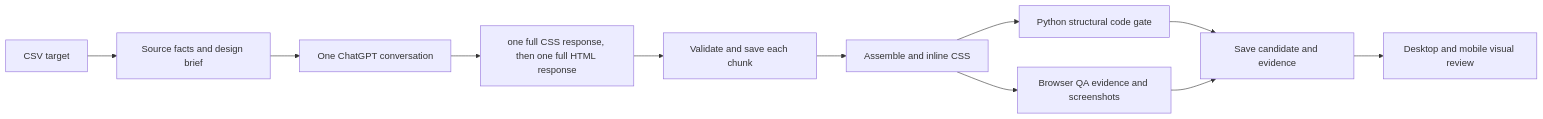
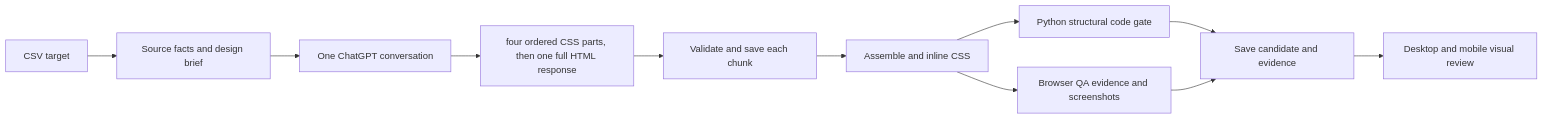
One commit to hometownredesignsites/git-content changed the diagram in chatgpt_automation/README.md. Above: the diagram before and after it, drawn with Mermaid. The commit also changed other lines of this file and 11 other files, not shown here.

Commit message:
chatgpt: split website CSS into four parts

````diff
--- a/chatgpt_automation/README.md
+++ b/chatgpt_automation/README.md
@@ -5,13 +5,13 @@
 ```mermaid
 flowchart LR
   A[CSV target] --> B[Source facts and design brief]
   B --> C[One ChatGPT conversation]
-  C --> D[one full CSS response, then one full HTML response]
+  C --> D[four ordered CSS parts, then one full HTML response]
   D --> E[Validate and save each chunk]
   E --> F[Assemble and inline CSS]
   F --> G[Python structural code gate]
   F --> H[Browser QA evidence and screenshots]
   G --> I[Save candidate and evidence]
   H --> I
   I --> J[Desktop and mobile visual review]
 ```
````
